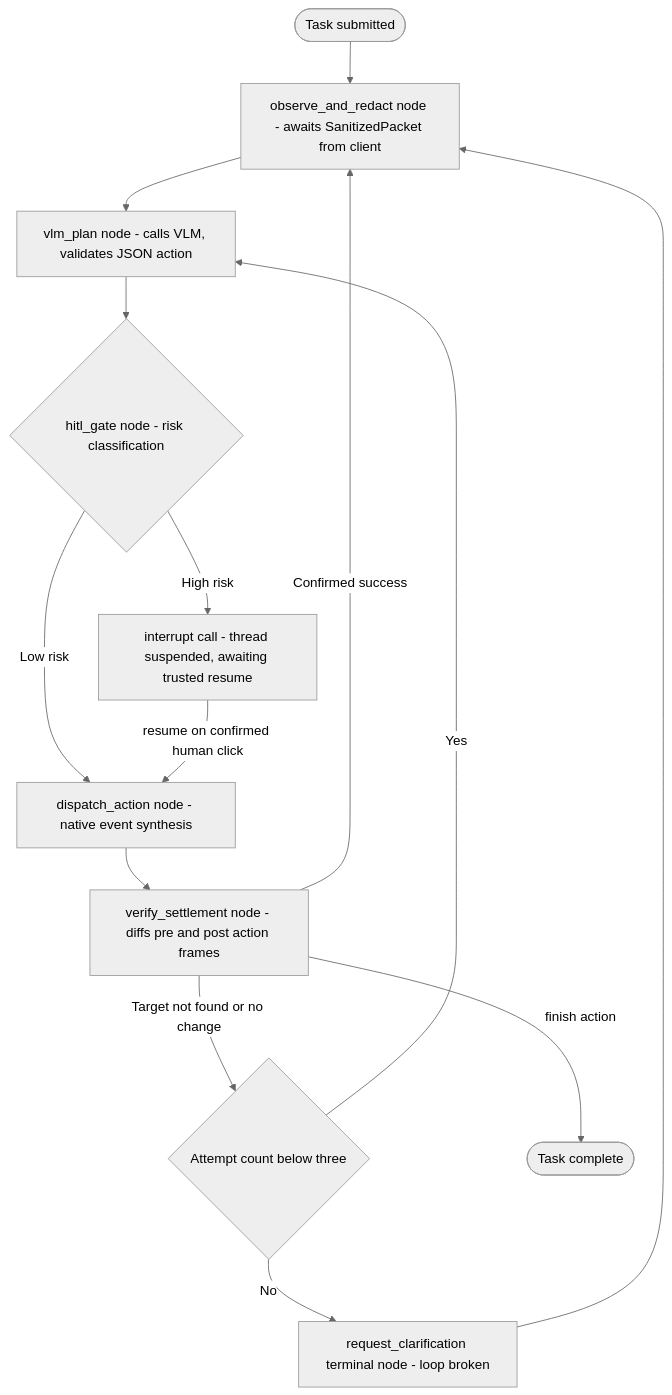
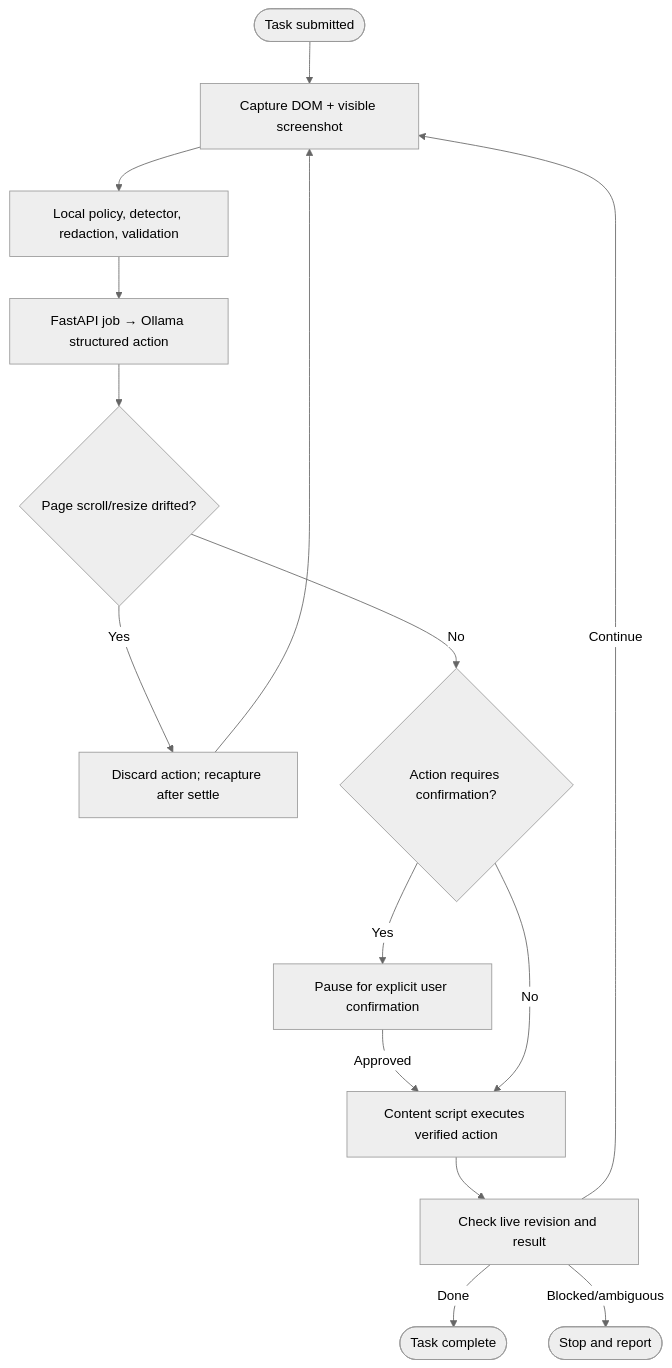
One commit to Rohinth-S/NAYAN changed the fifth of 5 diagrams in README.md. Above: the diagram before and after it, drawn with Mermaid (neutral theme). The commit also changed other lines of this file and 2 other files, not shown here.

Commit message:
docs: align architecture and flow diagrams

````diff
--- a/README.md
+++ b/README.md
@@ -173,16 +178,17 @@
 ```mermaid
 flowchart TD
-    Start(["Task submitted"]) --> Observe["observe_and_redact node - awaits SanitizedPacket from client"]
-    Observe --> Plan["vlm_plan node - calls VLM, validates JSON action"]
-    Plan --> Gate{"hitl_gate node - risk classification"}
-    Gate -- "Low risk" --> Dispatch["dispatch_action node - native event synthesis"]
-    Gate -- "High risk" --> Interrupt["interrupt call - thread suspended, awaiting trusted resume"]
-    Interrupt -- "resume on confirmed human click" --> Dispatch
-    Dispatch --> Verify["verify_settlement node - diffs pre and post action frames"]
-    Verify -- "Confirmed success" --> Observe
-    Verify -- "Target not found or no change" --> Retry{"Attempt count below three"}
-    Retry -- "Yes" --> Plan
-    Retry -- "No" --> Clarify["request_clarification terminal node - loop broken"]
-    Clarify --> Observe
-    Verify -- "finish action" --> End(["Task complete"])
+    Start(["Task submitted"]) --> Capture["Capture DOM + visible screenshot"]
+    Capture --> Sanitize["Local policy, detector, redaction, validation"]
+    Sanitize --> Reason["FastAPI job → Ollama structured action"]
+    Reason --> Drift{"Page scroll/resize drifted?"}
+    Drift -- "Yes" --> Recapture["Discard action; recapture after settle"]
+    Recapture --> Capture
+    Drift -- "No" --> Risk{"Action requires confirmation?"}
+    Risk -- "Yes" --> HITL["Pause for explicit user confirmation"]
+    HITL -- "Approved" --> Execute["Content script executes verified action"]
+    Risk -- "No" --> Execute
+    Execute --> Verify["Check live revision and result"]
+    Verify -- "Done" --> End(["Task complete"])
+    Verify -- "Continue" --> Capture
+    Verify -- "Blocked/ambiguous" --> Stop(["Stop and report"])
 ```
````
